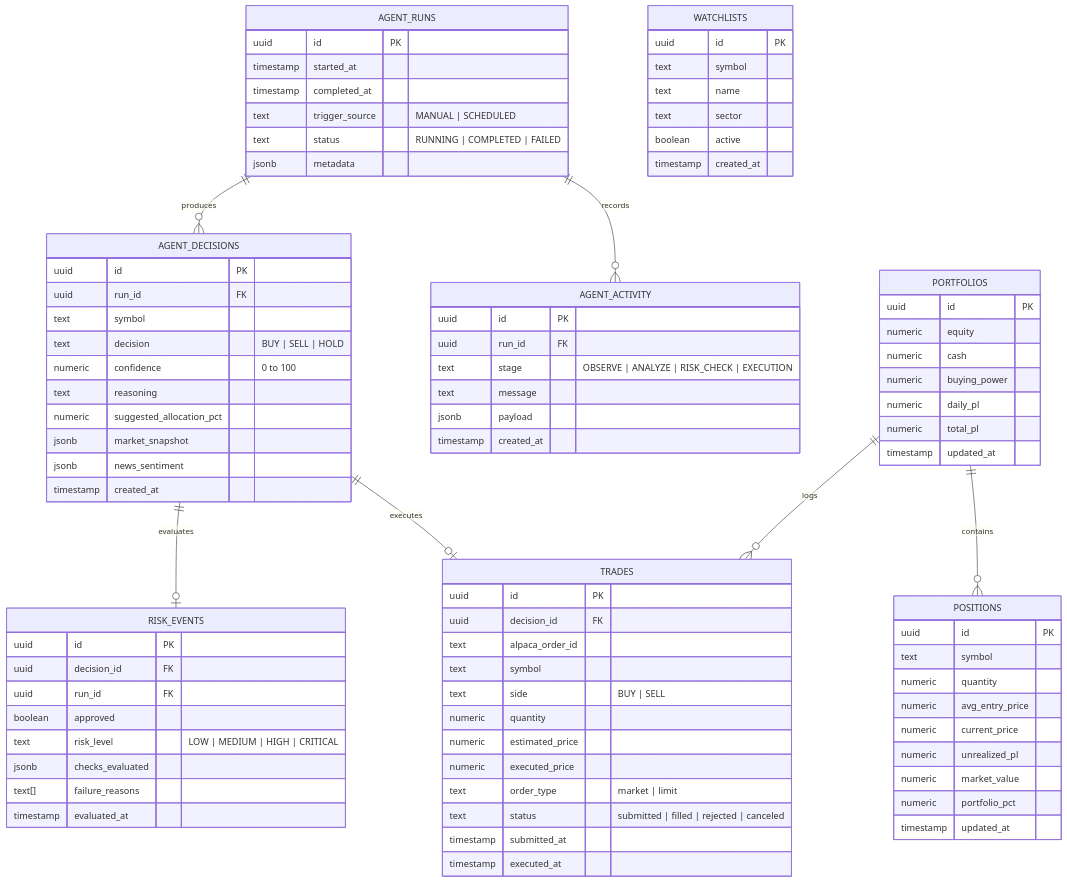
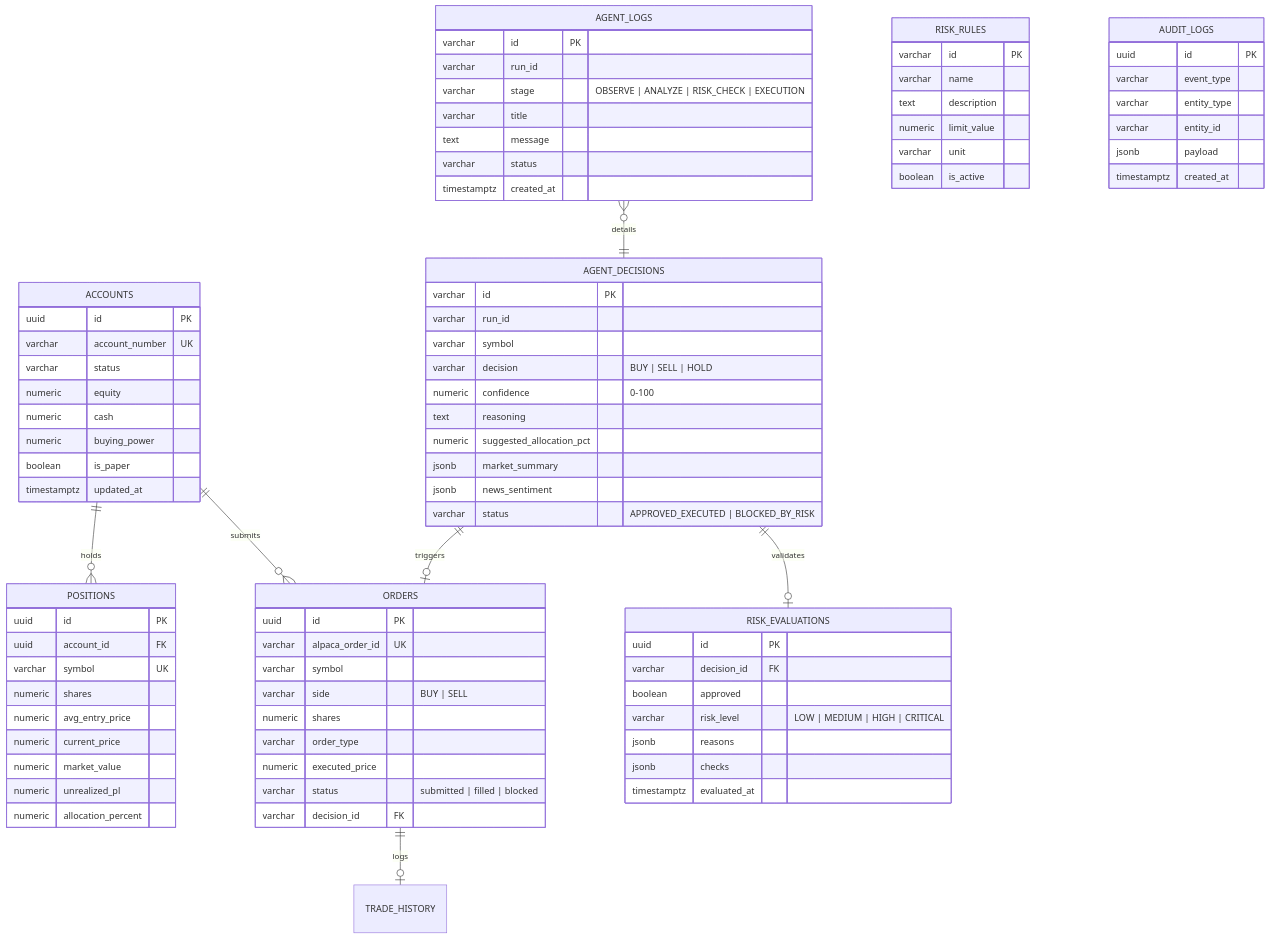
One commit to tirthraj01/Sentinel-AI-Trading-Agent changed the diagram in docs/database.md. Above: the diagram before and after it, drawn with Mermaid. The commit also changed other lines of this file and 13 other files, not shown here.

Commit message:
feat(database): complete Phase 3 Supabase database schemas, repository layer, fallback mode, and test suite

````diff
--- a/docs/database.md
+++ b/docs/database.md
@@ -7,97 +7,95 @@
 ```mermaid
 erDiagram
-    AGENT_RUNS ||--o{ AGENT_DECISIONS : produces
-    AGENT_RUNS ||--o{ AGENT_ACTIVITY : records
-    AGENT_DECISIONS ||--o| RISK_EVENTS : evaluates
-    AGENT_DECISIONS ||--o| TRADES : executes
-    PORTFOLIOS ||--o{ POSITIONS : contains
-    PORTFOLIOS ||--o{ TRADES : logs
+    ACCOUNTS ||--o{ POSITIONS : holds
+    ACCOUNTS ||--o{ ORDERS : submits
+    ORDERS ||--o| TRADE_HISTORY : logs
+    AGENT_DECISIONS ||--o| RISK_EVALUATIONS : validates
+    AGENT_DECISIONS ||--o| ORDERS : triggers
+    AGENT_LOGS }o--|| AGENT_DECISIONS : details
 
-    AGENT_RUNS {
+    ACCOUNTS {
         uuid id PK
-        timestamp started_at
-        timestamp completed_at
-        text trigger_source "MANUAL | SCHEDULED"
-        text status "RUNNING | COMPLETED | FAILED"
-        jsonb metadata
-    }
-
-    AGENT_DECISIONS {
-        uuid id PK
-        uuid run_id FK
-        text symbol
-        text decision "BUY | SELL | HOLD"
-        numeric confidence "0 to 100"
-        text reasoning
-        numeric suggested_allocation_pct
-        jsonb market_snapshot
-        jsonb news_sentiment
-        timestamp created_at
-    }
-
-    RISK_EVENTS {
-        uuid id PK
-        uuid decision_id FK
-        uuid run_id FK
-        boolean approved
-        text risk_level "LOW | MEDIUM | HIGH | CRITICAL"
-        jsonb checks_evaluated
-        text[] failure_reasons
-        timestamp evaluated_at
-    }
-
-    TRADES {
-        uuid id PK
-        uuid decision_id FK
-        text alpaca_order_id
-        text symbol
-        text side "BUY | SELL"
-        numeric quantity
-        numeric estimated_price
-        numeric executed_price
-        text order_type "market | limit"
-        text status "submitted | filled | rejected | canceled"
-        timestamp submitted_at
-        timestamp executed_at
-    }
-
-    AGENT_ACTIVITY {
-        uuid id PK
-        uuid run_id FK
-        text stage "OBSERVE | ANALYZE | RISK_CHECK | EXECUTION"
-        text message
-        jsonb payload
-        timestamp created_at
-    }
-
-    PORTFOLIOS {
-        uuid id PK
+        varchar account_number UK
+        varchar status
         numeric equity
         numeric cash
         numeric buying_power
-        numeric daily_pl
-        numeric total_pl
-        timestamp updated_at
+        boolean is_paper
+        timestamptz updated_at
     }
 
     POSITIONS {
         uuid id PK
-        text symbol
-        numeric quantity
+        uuid account_id FK
+        varchar symbol UK
+        numeric shares
         numeric avg_entry_price
         numeric current_price
+        numeric market_value
         numeric unrealized_pl
-        numeric market_value
-        numeric portfolio_pct
-        timestamp updated_at
+        numeric allocation_percent
     }
 
-    WATCHLISTS {
+    ORDERS {
         uuid id PK
-        text symbol
-        text name
-        text sector
-        boolean active
-        timestamp created_at
+        varchar alpaca_order_id UK
+        varchar symbol
+        varchar side "BUY | SELL"
+        numeric shares
+        varchar order_type
+        numeric executed_price
+        varchar status "submitted | filled | blocked"
+        varchar decision_id FK
+    }
+
+    AGENT_DECISIONS {
+        varchar id PK
+        varchar run_id
+        varchar symbol
+        varchar decision "BUY | SELL | HOLD"
+        numeric confidence "0-100"
+        text reasoning
+        numeric suggested_allocation_pct
+        jsonb market_summary
+        jsonb news_sentiment
+        varchar status "APPROVED_EXECUTED | BLOCKED_BY_RISK"
+    }
+
+    RISK_EVALUATIONS {
+        uuid id PK
+        varchar decision_id FK
+        boolean approved
+        varchar risk_level "LOW | MEDIUM | HIGH | CRITICAL"
+        jsonb reasons
+        jsonb checks
+        timestamptz evaluated_at
+    }
+
+    AGENT_LOGS {
+        varchar id PK
+        varchar run_id
+        varchar stage "OBSERVE | ANALYZE | RISK_CHECK | EXECUTION"
+        varchar title
+        text message
+        varchar status
+        timestamptz created_at
+    }
+
+    RISK_RULES {
+        varchar id PK
+        varchar name
+        text description
+        numeric limit_value
+        varchar unit
+        boolean is_active
+    }
+
+    AUDIT_LOGS {
+        uuid id PK
+        varchar event_type
+        varchar entity_type
+        varchar entity_id
+        jsonb payload
+        timestamptz created_at
     }
 ```
````
